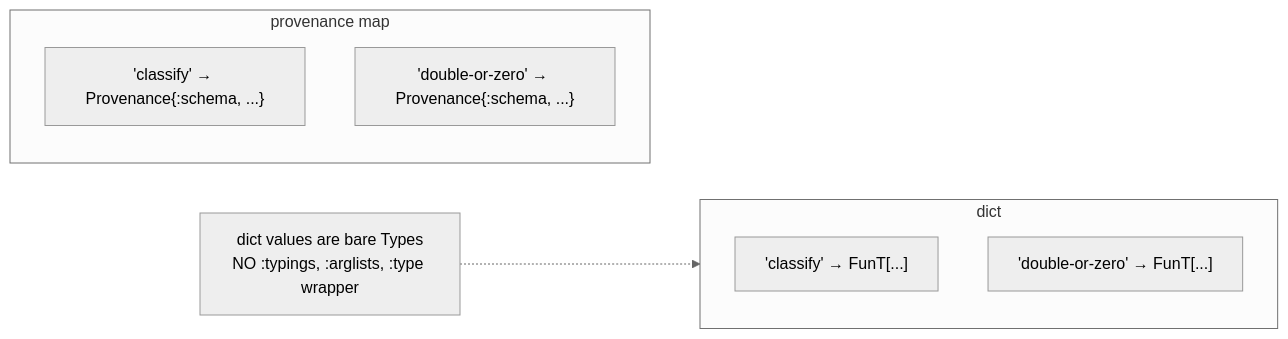
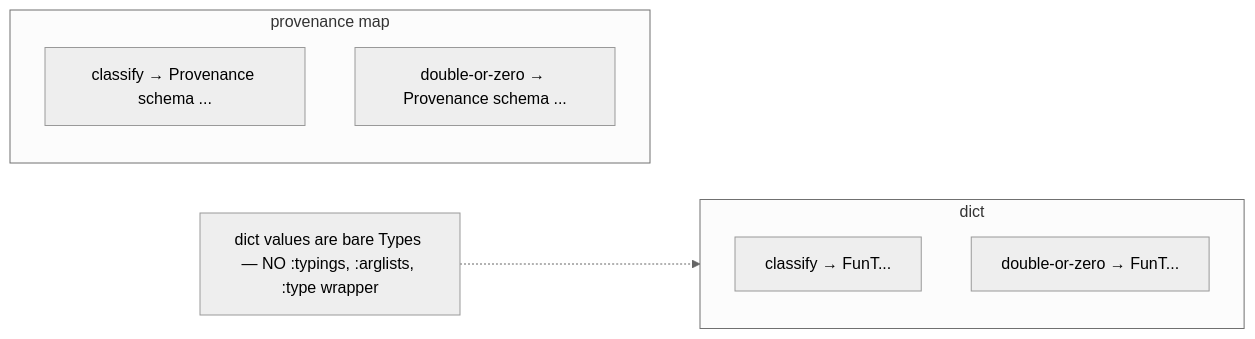
The second of 3 diagrams in skeptic/docs/walkthrough/05-admission-paths.md (nomicflux/skeptic), drawn with Mermaid (neutral theme) before and after one commit. The commit also changed other lines of this file and 12 other files, not shown here.

````diff
--- a/skeptic/docs/walkthrough/05-admission-paths.md
+++ b/skeptic/docs/walkthrough/05-admission-paths.md
@@ -212,13 +382,13 @@
 ```mermaid
 flowchart LR
   subgraph dict [dict]
-    d1["'classify' → FunT[...]"]
-    d2["'double-or-zero' → FunT[...]"]
+    d1[classify → FunT...]
+    d2[double-or-zero → FunT...]
   end
   subgraph prov [provenance map]
-    p1["'classify' → Provenance{:schema, ...}"]
-    p2["'double-or-zero' → Provenance{:schema, ...}"]
+    p1[classify → Provenance schema ...]
+    p2[double-or-zero → Provenance schema ...]
   end
-  note["dict values are bare Types<br/>NO :typings, :arglists, :type wrapper"]
+  note[dict values are bare Types — NO :typings, :arglists, :type wrapper]
   note -.-> dict
 ```
````
